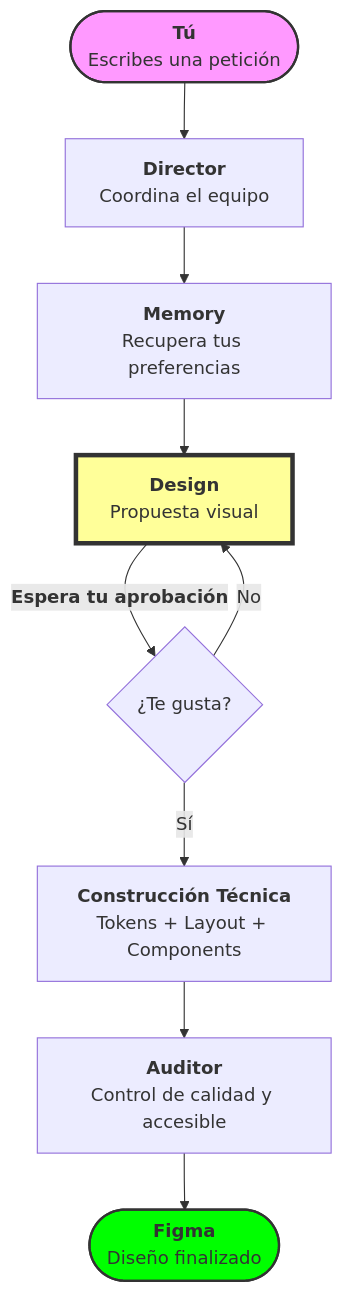
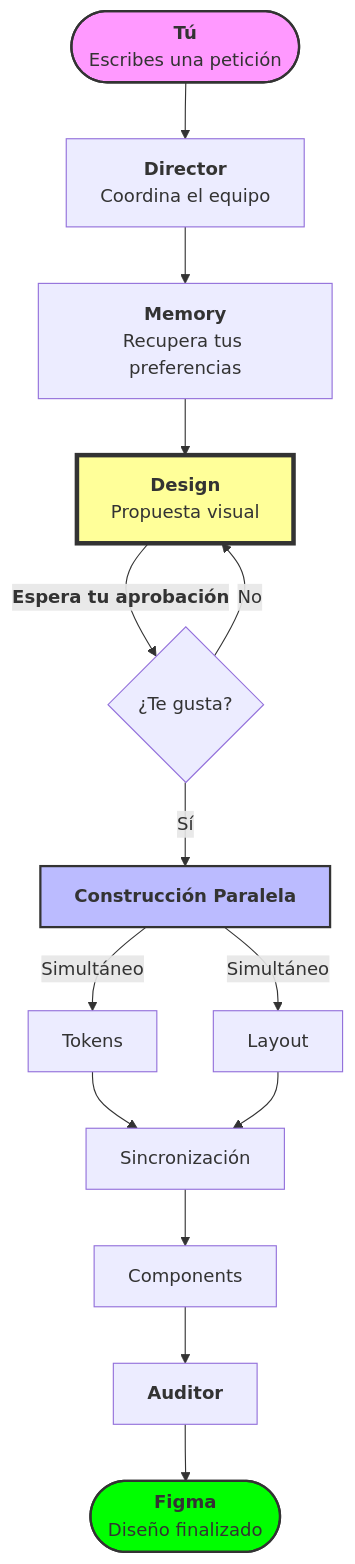
Before and after one commit to osCeballos/Figma-AI-Agent-System: the diagram in README.md, drawn with Mermaid. The commit also changed other lines of this file and 13 other files, not shown here.

````diff
--- a/README.md
+++ b/README.md
@@ -59,15 +59,21 @@
 ```mermaid
 graph TD
     User([<b>Tú</b><br/>Escribes una petición]) --> Director[<b>Director</b><br/>Coordina el equipo]
     Director --> Memory[<b>Memory</b><br/>Recupera tus preferencias]
     Memory --> Design[<b>Design</b><br/>Propuesta visual]
     Design -- "<b>Espera tu aprobación</b>" --> Approval{¿Te gusta?}
     Approval -- No --> Design
-    Approval -- Sí --> Execution[<b>Construcción Técnica</b><br/>Tokens + Layout + Components]
-    Execution --> Auditor[<b>Auditor</b><br/>Control de calidad y accesible]
+    Approval -- Sí --> Parallel[<b>Construcción Paralela</b>]
+    Parallel -->|Simultáneo| Tokens[Tokens]
+    Parallel -->|Simultáneo| Layout[Layout]
+    Tokens --> Sync[Sincronización]
+    Layout --> Sync[Sincronización]
+    Sync --> Components[Components]
+    Components --> Auditor[<b>Auditor</b>]
     Auditor --> Figma([<b>Figma</b><br/>Diseño finalizado])
 
     style User fill:#f9f,stroke:#333,stroke-width:2px
     style Figma fill:#0f0,stroke:#333,stroke-width:2px
     style Design fill:#ff9,stroke:#333,stroke-width:4px
+    style Parallel fill:#bbf,stroke:#333,stroke-width:2px
 ```
````
